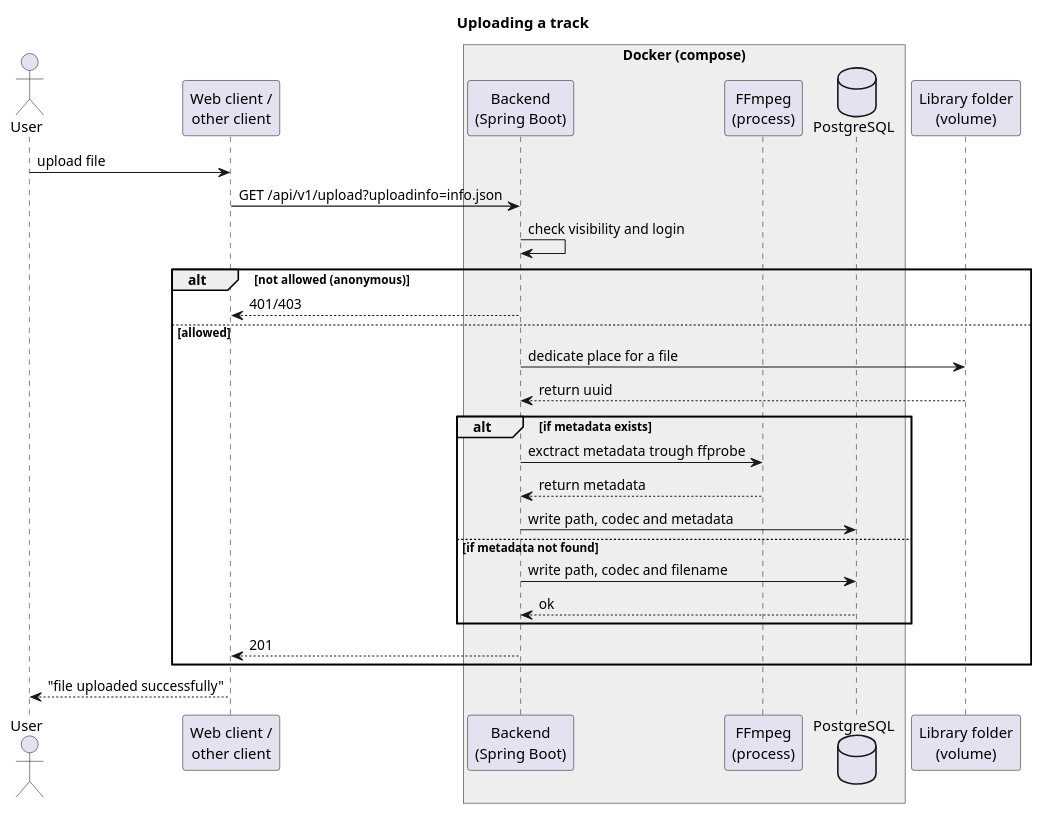
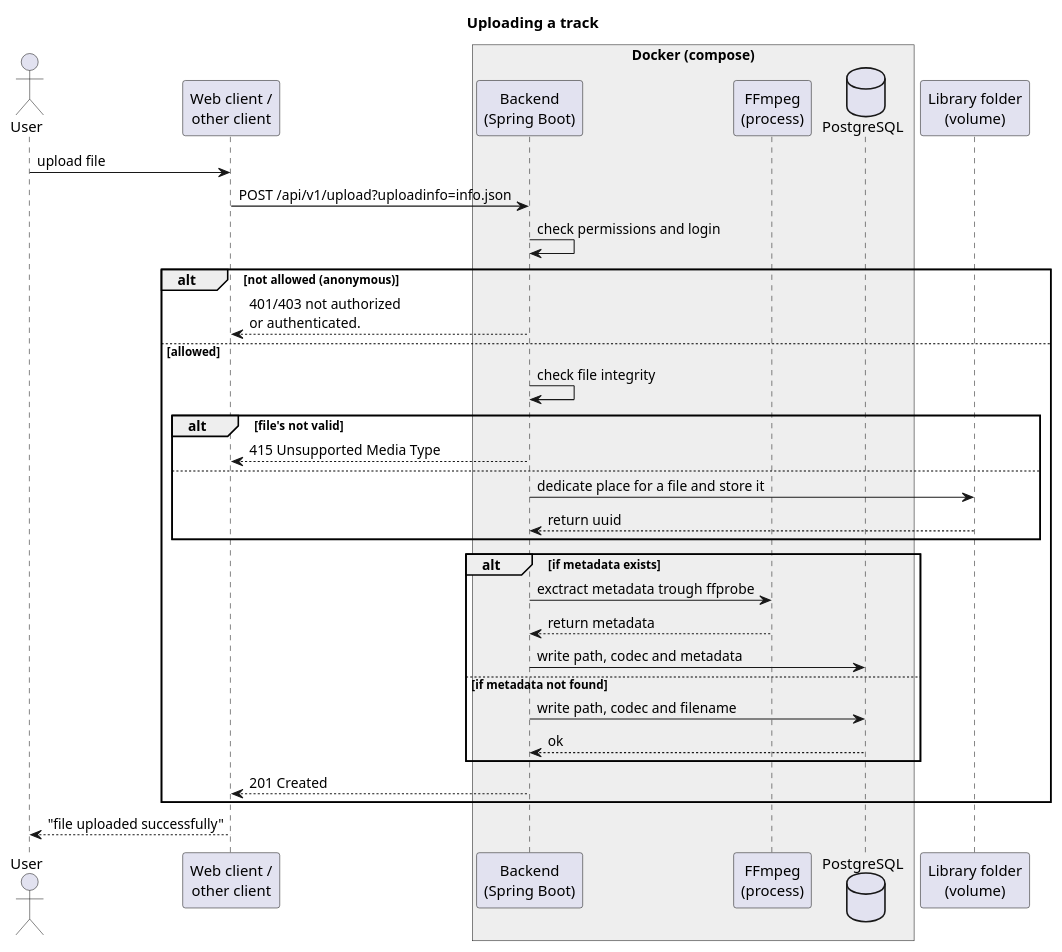
One commit to CapitanMurasa/impulse-streaming changed the diagram in docs/graphs/graph-upload.puml. Above: the diagram before and after it, drawn with PlantUML. The commit also changed 1 other file, not shown here.

Commit message:
docs: updated ARCHITECTUREmd with a updated graph-upload.puml

```diff
--- a/docs/graphs/graph-upload.puml
+++ b/docs/graphs/graph-upload.puml
@@ -1,34 +1,39 @@
 @startuml
 title Uploading a track
 
 actor User as user
 participant "Web client /\nother client" as client
 box "Docker (compose)" #EEEEEE
   participant "Backend\n(Spring Boot)" as api
   participant "FFmpeg\n(process)" as ffmpeg
   database "PostgreSQL" as db
 end box
 participant "Library folder\n(volume)" as storage
 
 user -> client : upload file
-client -> api : GET /api/v1/upload?uploadinfo=info.json
-api -> api : check visibility and login
+client -> api : POST /api/v1/upload?uploadinfo=info.json
+api -> api : check permissions and login
 
 alt not allowed (anonymous)
-  api --> client : 401/403
+  api --> client : 401/403 not authorized \nor authenticated.
 else allowed
-  api -> storage: dedicate place for a file
+  api -> api: check file integrity
+  alt file's not valid
+  api --> client: 415 Unsupported Media Type
+  else
+  api -> storage: dedicate place for a file and store it
   storage --> api: return uuid
+  end
   alt if metadata exists
   api -> ffmpeg: exctract metadata trough ffprobe
   ffmpeg --> api: return metadata
   api -> db: write path, codec and metadata
   else if metadata not found
   api -> db: write path, codec and filename
   db --> api: ok
   end
-  api --> client: 201 
+  api --> client: 201 Created
 end
 
 client --> user : "file uploaded successfully"
 @enduml
```
